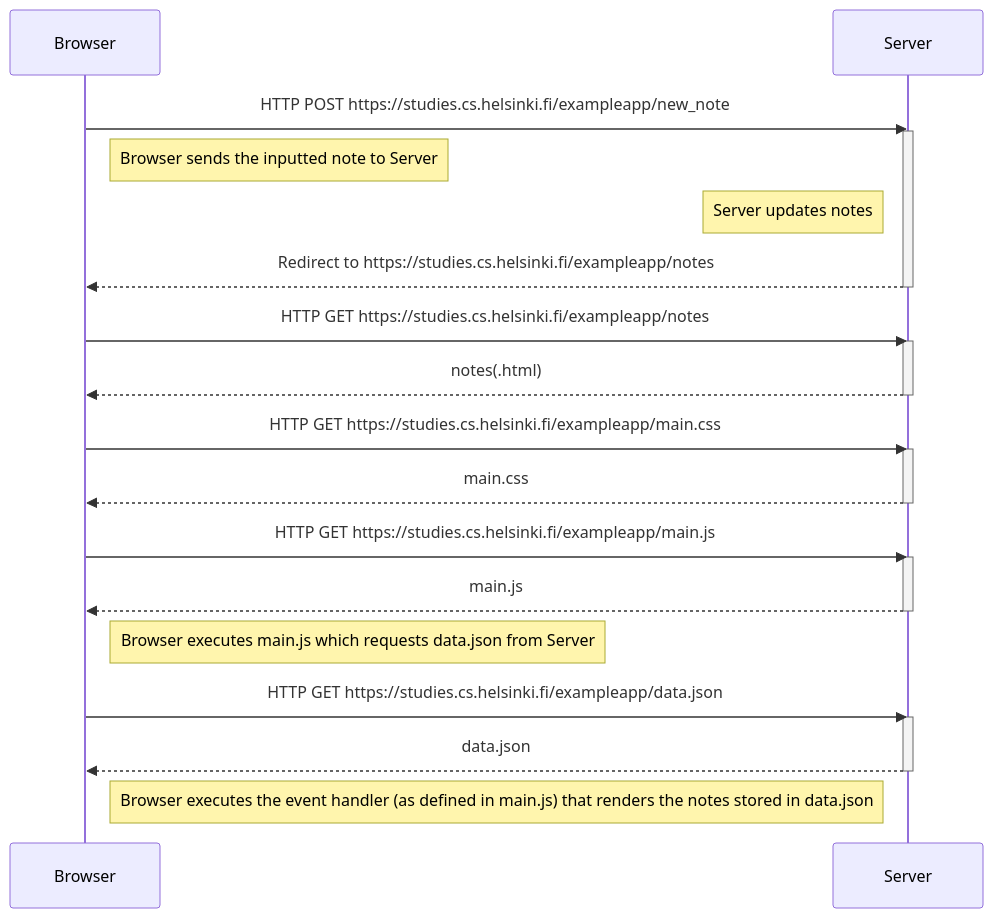
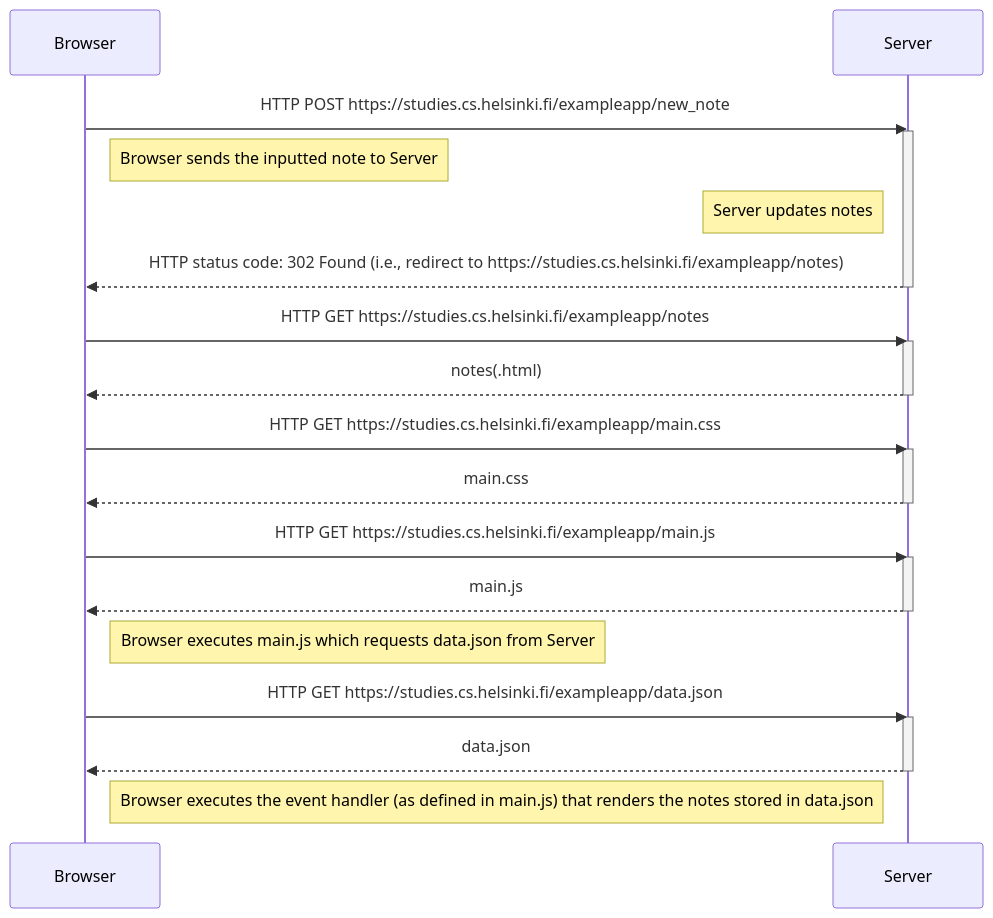
Before and after one commit to gvnlm/full-stack-open-solutions: the first of 3 diagrams in part0/README.md, drawn with Mermaid. The commit also changed other lines of this file, not shown here.

Commit message:
Specify HTTP response status code

````diff
--- a/part0/README.md
+++ b/part0/README.md
@@ -4,36 +5,36 @@
 ```mermaid
 sequenceDiagram
     participant Browser
     participant Server
 
     Browser->>Server: HTTP POST https://studies.cs.helsinki.fi/exampleapp/new_note
     activate Server
     note right of Browser: Browser sends the inputted note to Server
     note left of Server: Server updates notes
-    Server-->>Browser: Redirect to https://studies.cs.helsinki.fi/exampleapp/notes
+    Server-->>Browser: HTTP status code: 302 Found (i.e., redirect to https://studies.cs.helsinki.fi/exampleapp/notes)
     deactivate Server
 
     
     
     Browser->>Server: HTTP GET https://studies.cs.helsinki.fi/exampleapp/notes
     activate Server
     Server-->>Browser: notes(.html)
     deactivate Server
 
     Browser->>Server: HTTP GET https://studies.cs.helsinki.fi/exampleapp/main.css
     activate Server
     Server-->>Browser: main.css
     deactivate Server
 
     Browser->>Server: HTTP GET https://studies.cs.helsinki.fi/exampleapp/main.js
     activate Server
     Server-->>Browser: main.js
     deactivate Server
     note right of Browser: Browser executes main.js which requests data.json from Server
 
     Browser->>Server: HTTP GET https://studies.cs.helsinki.fi/exampleapp/data.json
     activate Server
     Server-->>Browser: data.json
     deactivate Server
     note right of Browser: Browser executes the event handler (as defined in main.js) that renders the notes stored in data.json
 ```
````
